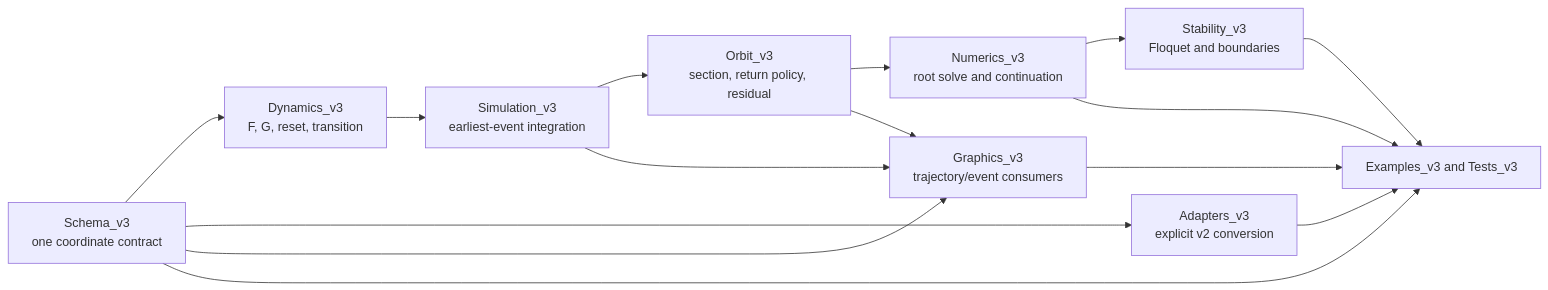
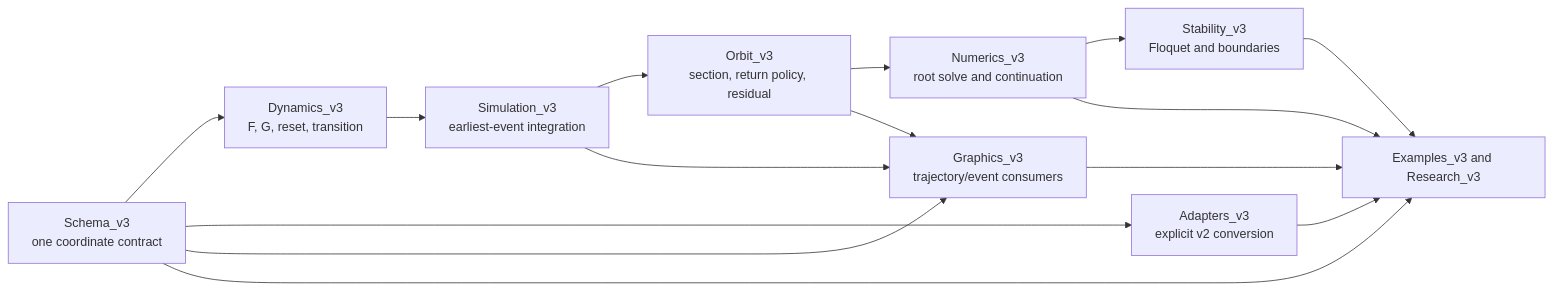
One commit to DLARlab/SLIP_Model_Zoo changed the diagram in SLIP_Quadruped_v3/README_v3.md. Above: the diagram before and after it, drawn with Mermaid. The commit also changed other lines of this file and 386 other files, not shown here.

````diff
--- a/SLIP_Quadruped_v3/README_v3.md
+++ b/SLIP_Quadruped_v3/README_v3.md
@@ -19,24 +34,24 @@
 ```mermaid
 flowchart LR
     S["Schema_v3<br/>one coordinate contract"]
     A["Adapters_v3<br/>explicit v2 conversion"]
     D["Dynamics_v3<br/>F, G, reset, transition"]
     M["Simulation_v3<br/>earliest-event integration"]
     O["Orbit_v3<br/>section, return policy, residual"]
     N["Numerics_v3<br/>root solve and continuation"]
     T["Stability_v3<br/>Floquet and boundaries"]
     G["Graphics_v3<br/>trajectory/event consumers"]
-    E["Examples_v3 and Tests_v3"]
+    E["Examples_v3 and Research_v3"]
 
     S --> D
     S --> A
     S --> G
     S --> E
     A --> E
     D --> M --> O --> N --> T
     M --> G
     O --> G
     N --> E
     T --> E
     G --> E
 ```
````
